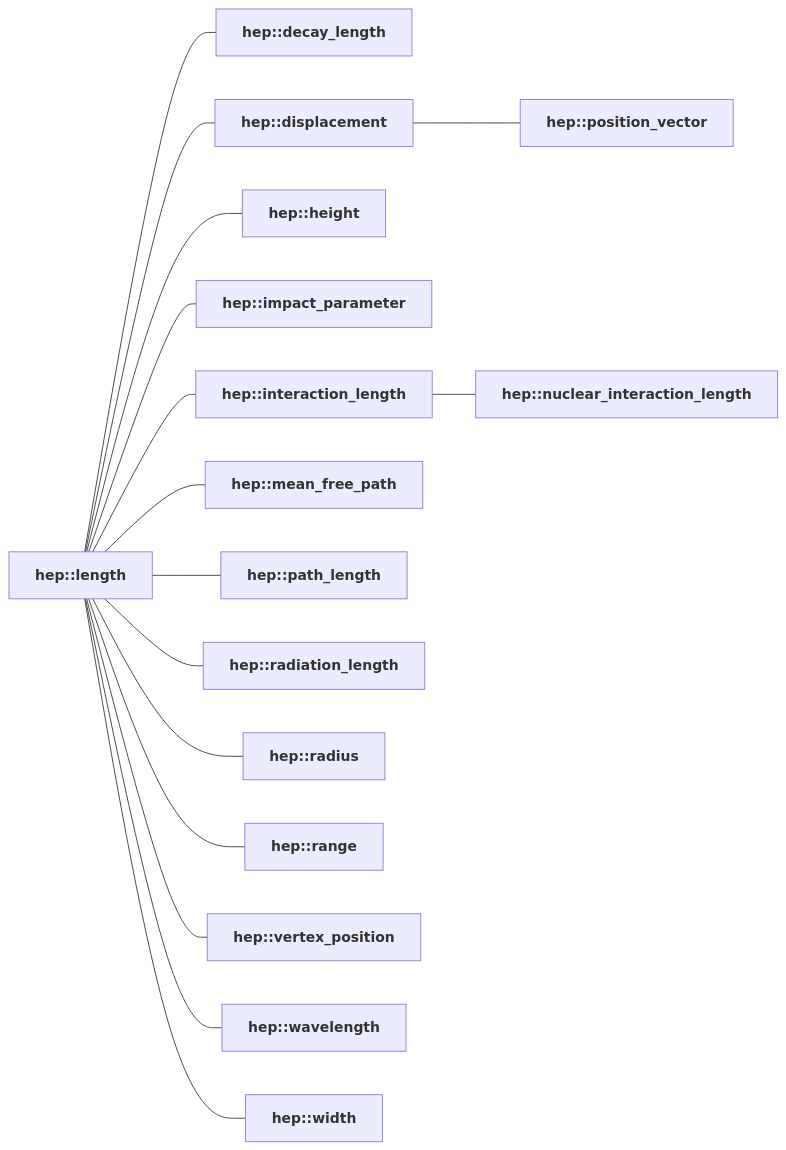
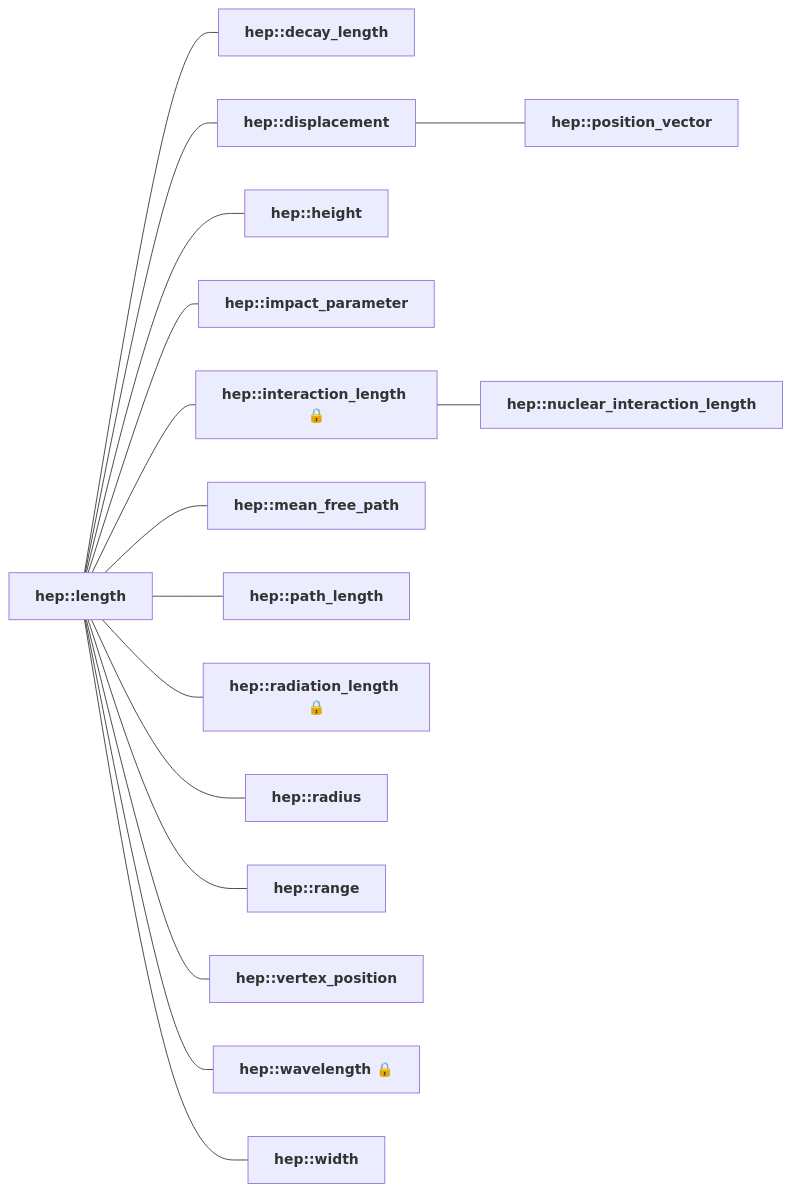
Before and after one commit to xiaohunqupo/mp-units: the diagram in docs/reference/systems_reference/hierarchies/length_hep.md, drawn with Mermaid. The commit also changed other lines of this file and 8 other files, not shown here.

````diff
--- a/docs/reference/systems_reference/hierarchies/length_hep.md
+++ b/docs/reference/systems_reference/hierarchies/length_hep.md
@@ -10,34 +10,34 @@
 ```mermaid
 flowchart LR
     hep_length["<b><a href="../../systems/hep/#length" style="color: var(--md-mermaid-label-fg-color); text-decoration: none;">hep::length</a></b>"]
     hep_decay_length["<b><a href="../../systems/hep/#decay_length" style="color: var(--md-mermaid-label-fg-color); text-decoration: none;">hep::decay_length</a></b>"]
     hep_length --- hep_decay_length
     hep_displacement["<b><a href="../../systems/hep/#displacement" style="color: var(--md-mermaid-label-fg-color); text-decoration: none;">hep::displacement</a></b>"]
     hep_length --- hep_displacement
     hep_position_vector["<b><a href="../../systems/hep/#position_vector" style="color: var(--md-mermaid-label-fg-color); text-decoration: none;">hep::position_vector</a></b>"]
     hep_displacement --- hep_position_vector
     hep_height["<b><a href="../../systems/hep/#height" style="color: var(--md-mermaid-label-fg-color); text-decoration: none;">hep::height</a></b>"]
     hep_length --- hep_height
     hep_impact_parameter["<b><a href="../../systems/hep/#impact_parameter" style="color: var(--md-mermaid-label-fg-color); text-decoration: none;">hep::impact_parameter</a></b>"]
     hep_length --- hep_impact_parameter
-    hep_interaction_length["<b><a href="../../systems/hep/#interaction_length" style="color: var(--md-mermaid-label-fg-color); text-decoration: none;">hep::interaction_length</a></b>"]
+    hep_interaction_length["<b><a href="../../systems/hep/#interaction_length" style="color: var(--md-mermaid-label-fg-color); text-decoration: none;">hep::interaction_length</a> 🔒</b>"]
     hep_length --- hep_interaction_length
     hep_nuclear_interaction_length["<b><a href="../../systems/hep/#nuclear_interaction_length" style="color: var(--md-mermaid-label-fg-color); text-decoration: none;">hep::nuclear_interaction_length</a></b>"]
     hep_interaction_length --- hep_nuclear_interaction_length
     hep_mean_free_path["<b><a href="../../systems/hep/#mean_free_path" style="color: var(--md-mermaid-label-fg-color); text-decoration: none;">hep::mean_free_path</a></b>"]
     hep_length --- hep_mean_free_path
     hep_path_length["<b><a href="../../systems/hep/#path_length" style="color: var(--md-mermaid-label-fg-color); text-decoration: none;">hep::path_length</a></b>"]
     hep_length --- hep_path_length
-    hep_radiation_length["<b><a href="../../systems/hep/#radiation_length" style="color: var(--md-mermaid-label-fg-color); text-decoration: none;">hep::radiation_length</a></b>"]
+    hep_radiation_length["<b><a href="../../systems/hep/#radiation_length" style="color: var(--md-mermaid-label-fg-color); text-decoration: none;">hep::radiation_length</a> 🔒</b>"]
     hep_length --- hep_radiation_length
     hep_radius["<b><a href="../../systems/hep/#radius" style="color: var(--md-mermaid-label-fg-color); text-decoration: none;">hep::radius</a></b>"]
     hep_length --- hep_radius
     hep_range["<b><a href="../../systems/hep/#range" style="color: var(--md-mermaid-label-fg-color); text-decoration: none;">hep::range</a></b>"]
     hep_length --- hep_range
     hep_vertex_position["<b><a href="../../systems/hep/#vertex_position" style="color: var(--md-mermaid-label-fg-color); text-decoration: none;">hep::vertex_position</a></b>"]
     hep_length --- hep_vertex_position
-    hep_wavelength["<b><a href="../../systems/hep/#wavelength" style="color: var(--md-mermaid-label-fg-color); text-decoration: none;">hep::wavelength</a></b>"]
+    hep_wavelength["<b><a href="../../systems/hep/#wavelength" style="color: var(--md-mermaid-label-fg-color); text-decoration: none;">hep::wavelength</a> 🔒</b>"]
     hep_length --- hep_wavelength
     hep_width["<b><a href="../../systems/hep/#width" style="color: var(--md-mermaid-label-fg-color); text-decoration: none;">hep::width</a></b>"]
     hep_length --- hep_width
 ```
````
